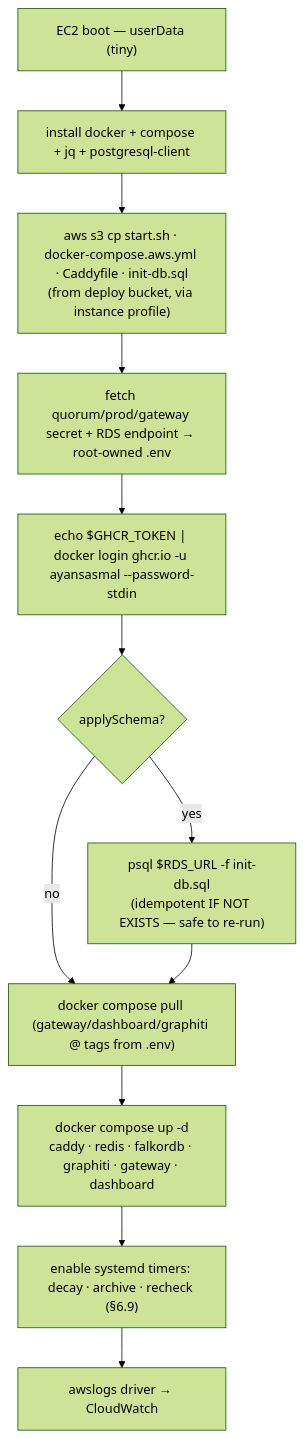
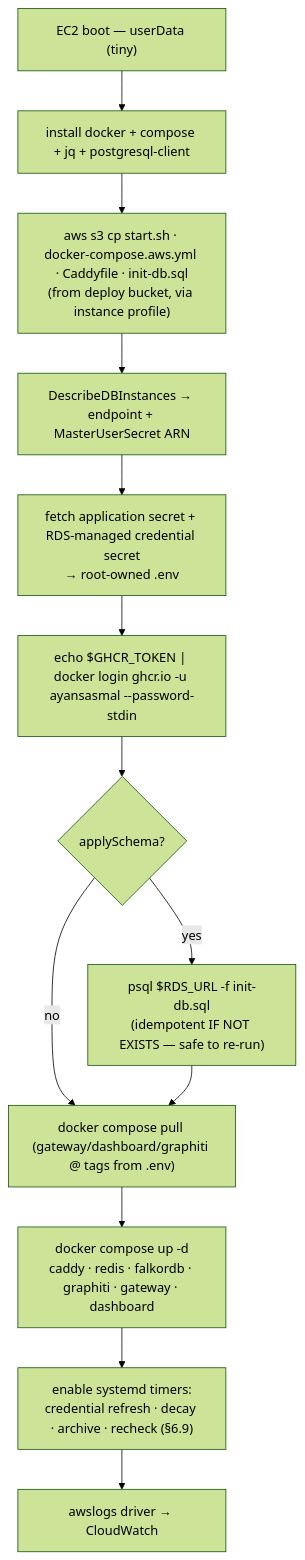
The second of 3 diagrams in docs/superpowers/specs/2026-06-11-quorum-aws-crossplane-deployment-design.md (ayansasmal/quorum), drawn with Mermaid (forest theme) before and after one commit. The commit also changed other lines of this file and 1 other file, not shown here.

Commit message:
docs(aws): use rds managed credentials

````diff
--- a/docs/superpowers/specs/2026-06-11-quorum-aws-crossplane-deployment-design.md
+++ b/docs/superpowers/specs/2026-06-11-quorum-aws-crossplane-deployment-design.md
@@ -355,14 +377,15 @@
 ```mermaid
 flowchart TD
     A["EC2 boot — userData (tiny)"] --> B["install docker + compose + jq + postgresql-client"]
     B --> C["aws s3 cp start.sh · docker-compose.aws.yml · Caddyfile · init-db.sql<br/>(from deploy bucket, via instance profile)"]
-    C --> D["fetch quorum/prod/gateway secret + RDS endpoint → root-owned .env"]
-    D --> E["echo $GHCR_TOKEN | docker login ghcr.io -u ayansasmal --password-stdin"]
-    E --> F{"applySchema?"}
-    F -->|yes| G["psql $RDS_URL -f init-db.sql<br/>(idempotent IF NOT EXISTS — safe to re-run)"]
-    F -->|no| H
-    G --> H["docker compose pull (gateway/dashboard/graphiti @ tags from .env)"]
-    H --> I["docker compose up -d<br/>caddy · redis · falkordb · graphiti · gateway · dashboard"]
-    I --> J["enable systemd timers: decay · archive · recheck (§6.9)"]
-    J --> K["awslogs driver → CloudWatch"]
+    C --> D["DescribeDBInstances → endpoint + MasterUserSecret ARN"]
+    D --> E["fetch application secret + RDS-managed credential secret<br/>→ root-owned .env"]
+    E --> F["echo $GHCR_TOKEN | docker login ghcr.io -u ayansasmal --password-stdin"]
+    F --> G{"applySchema?"}
+    G -->|yes| H["psql $RDS_URL -f init-db.sql<br/>(idempotent IF NOT EXISTS — safe to re-run)"]
+    G -->|no| I
+    H --> I["docker compose pull (gateway/dashboard/graphiti @ tags from .env)"]
+    I --> J["docker compose up -d<br/>caddy · redis · falkordb · graphiti · gateway · dashboard"]
+    J --> K["enable systemd timers:<br/>credential refresh · decay · archive · recheck (§6.9)"]
+    K --> L["awslogs driver → CloudWatch"]
 ```
````
